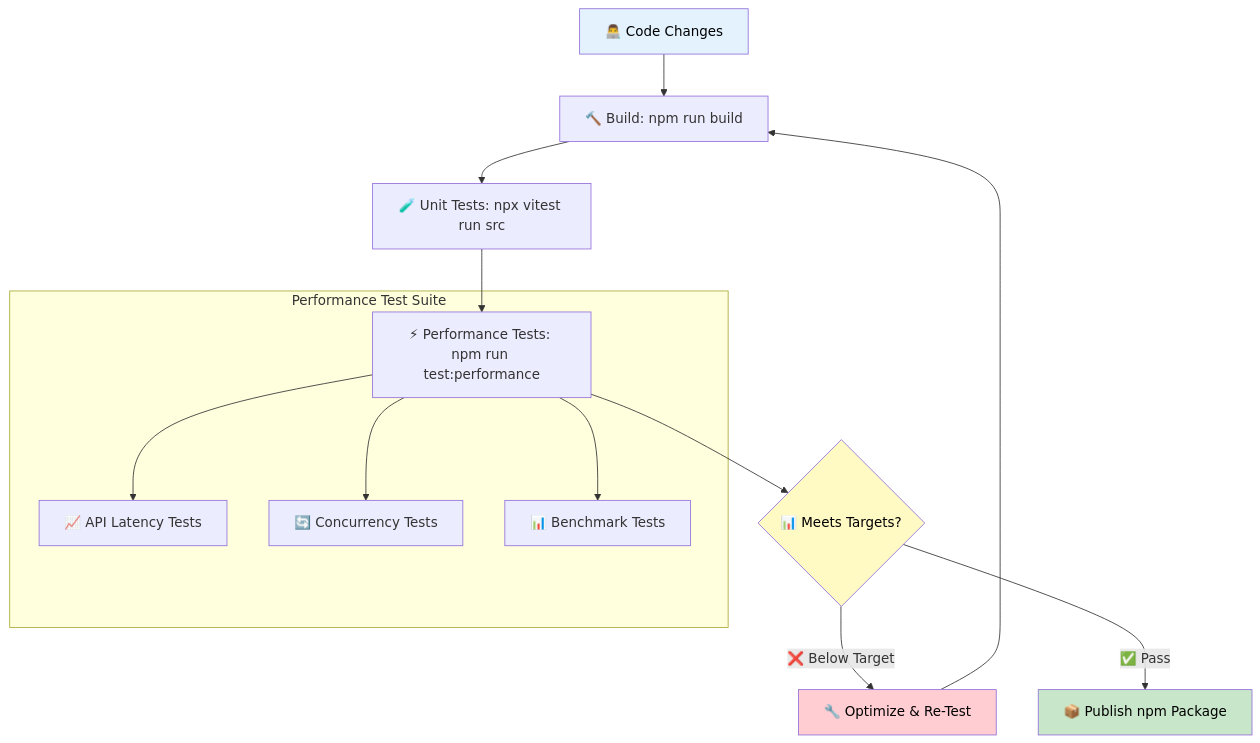
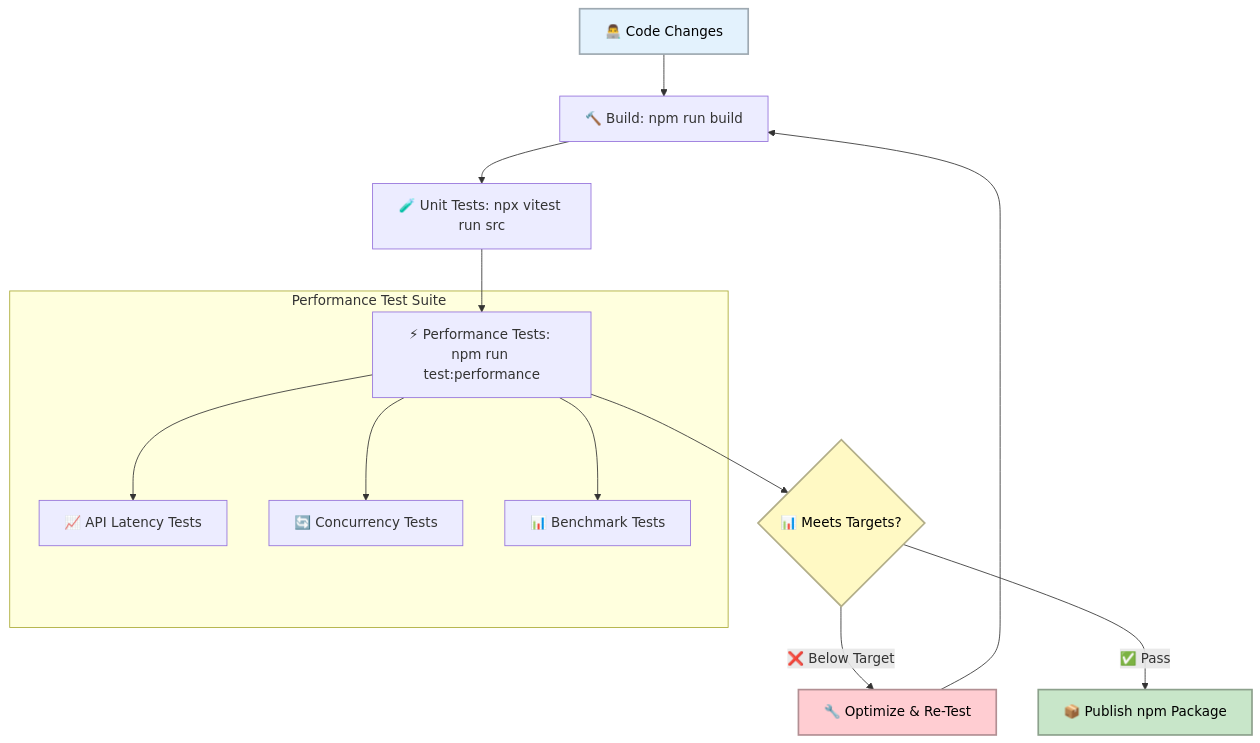
One commit to Hack23/European-Parliament-MCP-Server changed the diagram in performance-testing.md. Above: the diagram before and after it, drawn with Mermaid. The commit also changed 17 other files, not shown here.

````diff
--- a/performance-testing.md
+++ b/performance-testing.md
@@ -100,25 +100,29 @@
 ```mermaid
 graph TB
     A[👨‍💻 Code Changes] --> B[🔨 Build: npm run build]
     B --> C[🧪 Unit Tests: npx vitest run src]
     C --> D[⚡ Performance Tests: npm run test:performance]
     D --> E{📊 Meets Targets?}
     E -->|❌ Below Target| F[🔧 Optimize & Re-Test]
     F --> B
     E -->|✅ Pass| G[📦 Publish npm Package]
     
     subgraph "Performance Test Suite"
         D --> D1[📈 API Latency Tests]
         D --> D2[🔄 Concurrency Tests]
         D --> D3[📊 Benchmark Tests]
     end
 
-    style A fill:#e3f2fd,color:#000000
+    style A fill:#e3f2fd,stroke:#9ea9b1,stroke-width:2px,color:#000000
 
-    style G fill:#c8e6c9,color:#000000
 
-    style F fill:#ffcdd2,color:#000000
+    style G fill:#c8e6c9,stroke:#8ca18c,stroke-width:2px,color:#000000
 
-    style E fill:#fff9c4,color:#000000
+
+    style F fill:#ffcdd2,stroke:#b28f93,stroke-width:2px,color:#000000
+
+
+    style E fill:#fff9c4,stroke:#b2ae89,stroke-width:2px,color:#000000
+
 
 ```
````
